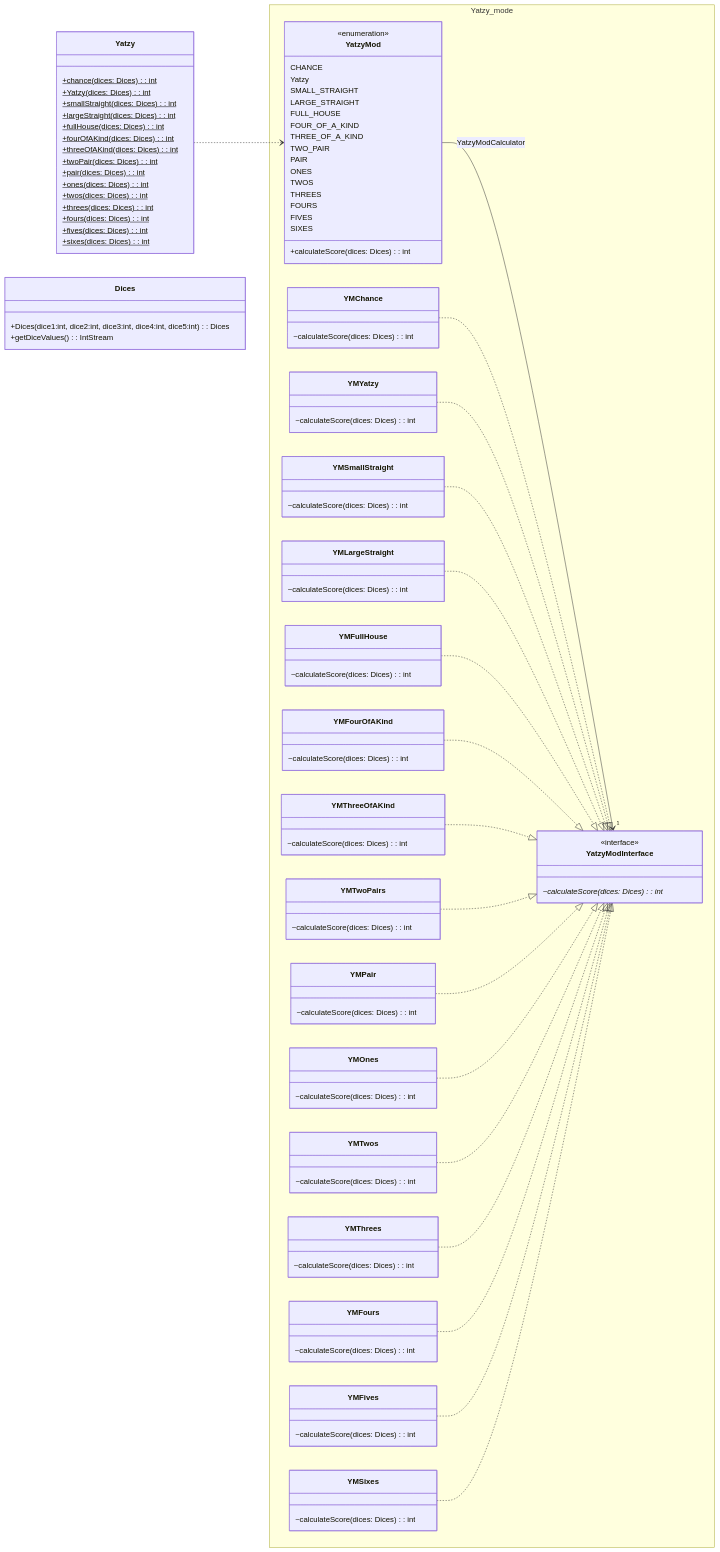
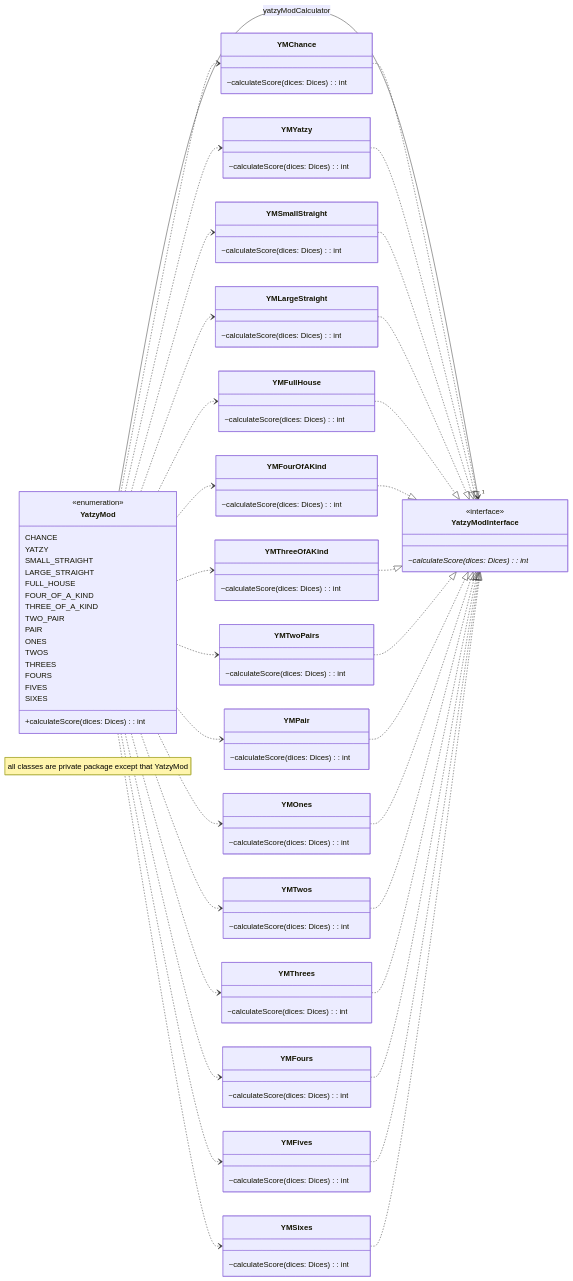
One commit to MathieuSoysal/Kata-Datanumia changed the second of 2 diagrams in classes_diagram.md. Above: the diagram before and after it, drawn with Mermaid. The commit also changed other lines of this file, not shown here.

````diff
--- a/classes_diagram.md
+++ b/classes_diagram.md
@@ -1,123 +57,95 @@
 ```mermaid
+classDiagram
+direction LR
+    note "all classes are private package except that YatzyMod"
 
-classDiagram
-    direction LR
-    class Yatzy{
-        +chance(dices: Dices)$: int
-        +Yatzy(dices: Dices)$: int
-        +smallStraight(dices: Dices)$: int
-        +largeStraight(dices: Dices)$: int
-        +fullHouse(dices: Dices)$: int
-        +fourOfAKind(dices: Dices)$: int
-        +threeOfAKind(dices: Dices)$: int
-        +twoPair(dices: Dices)$: int
-        +pair(dices: Dices)$: int
-        +ones(dices: Dices)$: int
-        +twos(dices: Dices)$: int
-        +threes(dices: Dices)$: int
-        +fours(dices: Dices)$: int
-        +fives(dices: Dices)$: int
-        +sixes(dices: Dices)$: int
+    class YatzyMod{
+        <<enumeration>>
+        CHANCE
+        YATZY
+        SMALL_STRAIGHT
+        LARGE_STRAIGHT
+        FULL_HOUSE
+        FOUR_OF_A_KIND
+        THREE_OF_A_KIND
+        TWO_PAIR
+        PAIR
+        ONES
+        TWOS
+        THREES
+        FOURS
+        FIVES
+        SIXES
+
+        +calculateScore(dices: Dices): int
     }
-    Yatzy ..> YatzyMod
+    YatzyMod --> "1" YatzyModInterface: yatzyModCalculator
 
-    class Dices{
-        +Dices(dice1:int, dice2:int, dice3:int, dice4:int, dice5:int): Dices
-        +getDiceValues(): IntStream
+
+    class YatzyModInterface{
+        <<interface>>
+        ~calculateScore(dices: Dices)*: int
     }
 
-    namespace Yatzy_mode{
+    class YMChance{
+        ~calculateScore(dices: Dices): int
+    }
 
-        class YatzyMod{
-            <<enumeration>>
-            CHANCE
-            Yatzy
-            SMALL_STRAIGHT
-            LARGE_STRAIGHT
-            FULL_HOUSE
-            FOUR_OF_A_KIND
-            THREE_OF_A_KIND
-            TWO_PAIR
-            PAIR
-            ONES
-            TWOS
-            THREES
-            FOURS
-            FIVES
-            SIXES
+    class YMYatzy{
+        ~calculateScore(dices: Dices): int
+    }
 
-            +calculateScore(dices: Dices): int
-        }
+    class YMSmallStraight{
+        ~calculateScore(dices: Dices): int
+    }
 
+    class YMLargeStraight{
+        ~calculateScore(dices: Dices): int
+    }
 
-        class YatzyModInterface{
-            <<interface>>
+    class YMFullHouse{
+        ~calculateScore(dices: Dices): int
+    }
 
-            ~calculateScore(dices: Dices)*: int
-        }
+    class YMFourOfAKind{
+        ~calculateScore(dices: Dices): int
+    }
 
-        class YMChance{
-            ~calculateScore(dices: Dices): int
-        }
+    class YMThreeOfAKind{
+        ~calculateScore(dices: Dices): int
+    }
 
-        class YMYatzy{
-            ~calculateScore(dices: Dices): int
-        }
+    class YMTwoPairs{
+        ~calculateScore(dices: Dices): int
+    }
 
-        class YMSmallStraight{
-            ~calculateScore(dices: Dices): int
-        }
+    class YMPair{
+        ~calculateScore(dices: Dices): int
+    }
 
-        class YMLargeStraight{
-            ~calculateScore(dices: Dices): int
-        }
+    class YMOnes{
+        ~calculateScore(dices: Dices): int
+    }
 
-        class YMFullHouse{
-            ~calculateScore(dices: Dices): int
-        }
+    class YMTwos{
+        ~calculateScore(dices: Dices): int
+    }
 
-        class YMFourOfAKind{
-            ~calculateScore(dices: Dices): int
-        }
+    class YMThrees{
+        ~calculateScore(dices: Dices): int
+    }
 
-        class YMThreeOfAKind{
-            ~calculateScore(dices: Dices): int
-        }
+    class YMFours{
+        ~calculateScore(dices: Dices): int
+    }
 
-        class YMTwoPairs{
-            ~calculateScore(dices: Dices): int
-        }
+    class YMFives{
+        ~calculateScore(dices: Dices): int
+    }
 
-        class YMPair{
-            ~calculateScore(dices: Dices): int
-        }
-
-        class YMOnes{
-            ~calculateScore(dices: Dices): int
-        }
-
-        class YMTwos{
-            ~calculateScore(dices: Dices): int
-        }
-
-        class YMThrees{
-            ~calculateScore(dices: Dices): int
-        }
-
-        class YMFours{
-            ~calculateScore(dices: Dices): int
-        }
-
-        class YMFives{
-            ~calculateScore(dices: Dices): int
-        }
-
-        class YMSixes{
-            ~calculateScore(dices: Dices): int
-        }
+    class YMSixes{
+        ~calculateScore(dices: Dices): int
     }
-    YatzyMod --> "1" YatzyModInterface: YatzyModCalculator
-
 
     YMChance ..|> YatzyModInterface
     YMYatzy ..|> YatzyModInterface
@@ -135,4 +163,19 @@
     YMFives ..|> YatzyModInterface
     YMSixes ..|> YatzyModInterface
 
+    YatzyMod ..> YMChance
+    YatzyMod ..> YMYatzy
+    YatzyMod ..> YMSmallStraight
+    YatzyMod ..> YMLargeStraight
+    YatzyMod ..> YMFullHouse
+    YatzyMod ..> YMFourOfAKind
+    YatzyMod ..> YMThreeOfAKind
+    YatzyMod ..> YMTwoPairs
+    YatzyMod ..> YMPair
+    YatzyMod ..> YMOnes
+    YatzyMod ..> YMTwos
+    YatzyMod ..> YMThrees
+    YatzyMod ..> YMFours
+    YatzyMod ..> YMFives
+    YatzyMod ..> YMSixes
 ```
````
